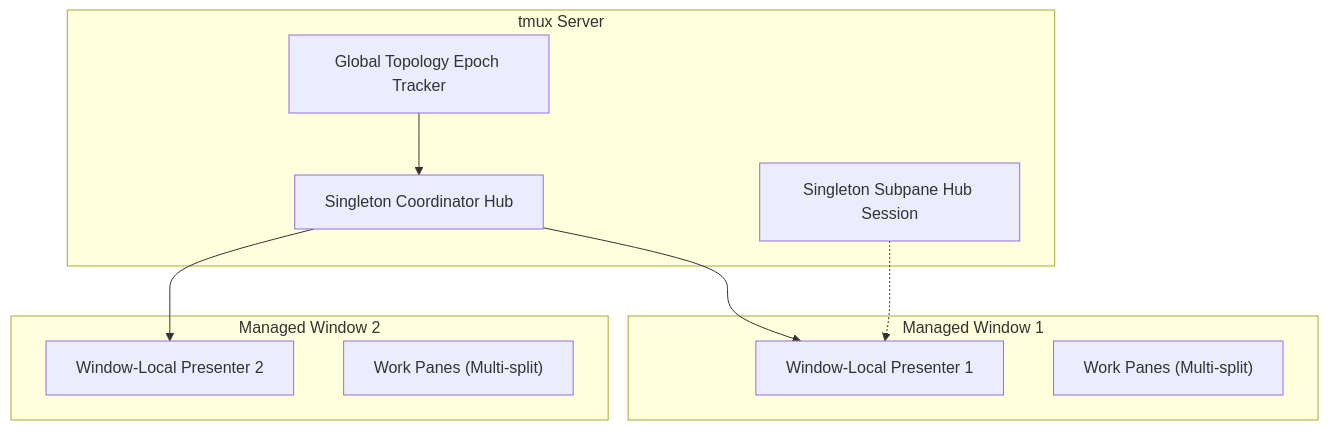
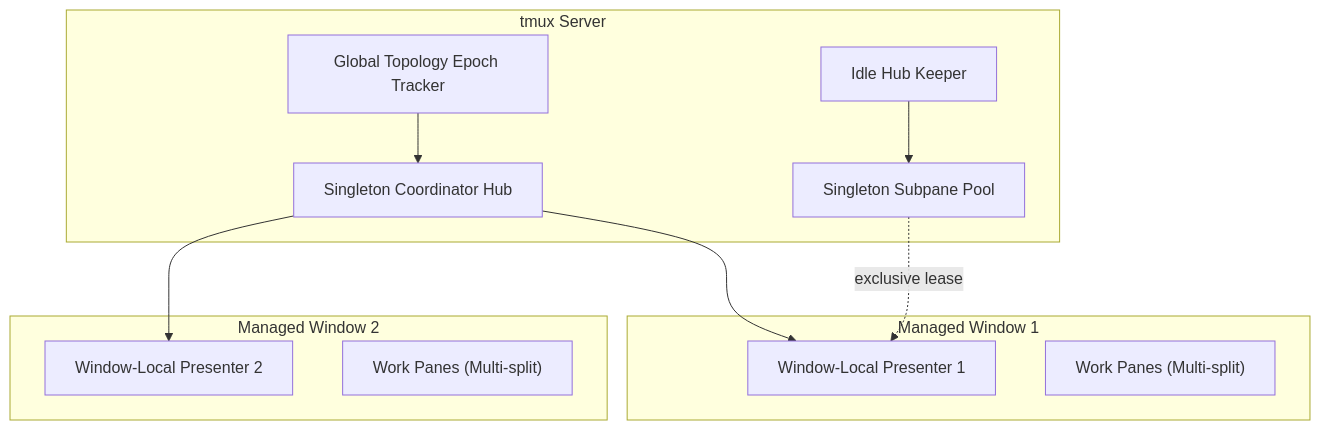
Before and after one commit to al-hub/tmux-session-dock: the diagram in docs/ARCHITECTURE.md, drawn with Mermaid. The commit also changed other lines of this file and 18 other files, not shown here.

Commit message:
fix(subpane): preserve top geometry and canonical lease identity

````diff
--- a/docs/ARCHITECTURE.md
+++ b/docs/ARCHITECTURE.md
@@ -7,23 +7,25 @@
 ```mermaid
 graph TD
     subgraph "tmux Server"
         COORDINATOR["Singleton Coordinator Hub"]
-        SUBPANE_HUB["Singleton Subpane Hub Session"]
+        SUBPANE_HUB["Singleton Subpane Pool"]
+        HUB_KEEPER["Idle Hub Keeper"]
         EPOCH["Global Topology Epoch Tracker"]
     end
 
     subgraph "Managed Window 1"
         PRESENTER_1["Window-Local Presenter 1"]
         WORK_1["Work Panes (Multi-split)"]
     end
 
     subgraph "Managed Window 2"
         PRESENTER_2["Window-Local Presenter 2"]
         WORK_2["Work Panes (Multi-split)"]
     end
 
     COORDINATOR --> PRESENTER_1
     COORDINATOR --> PRESENTER_2
-    SUBPANE_HUB -.-> PRESENTER_1
+    HUB_KEEPER --> SUBPANE_HUB
+    SUBPANE_HUB -. "exclusive lease" .-> PRESENTER_1
     EPOCH --> COORDINATOR
 ```
````
